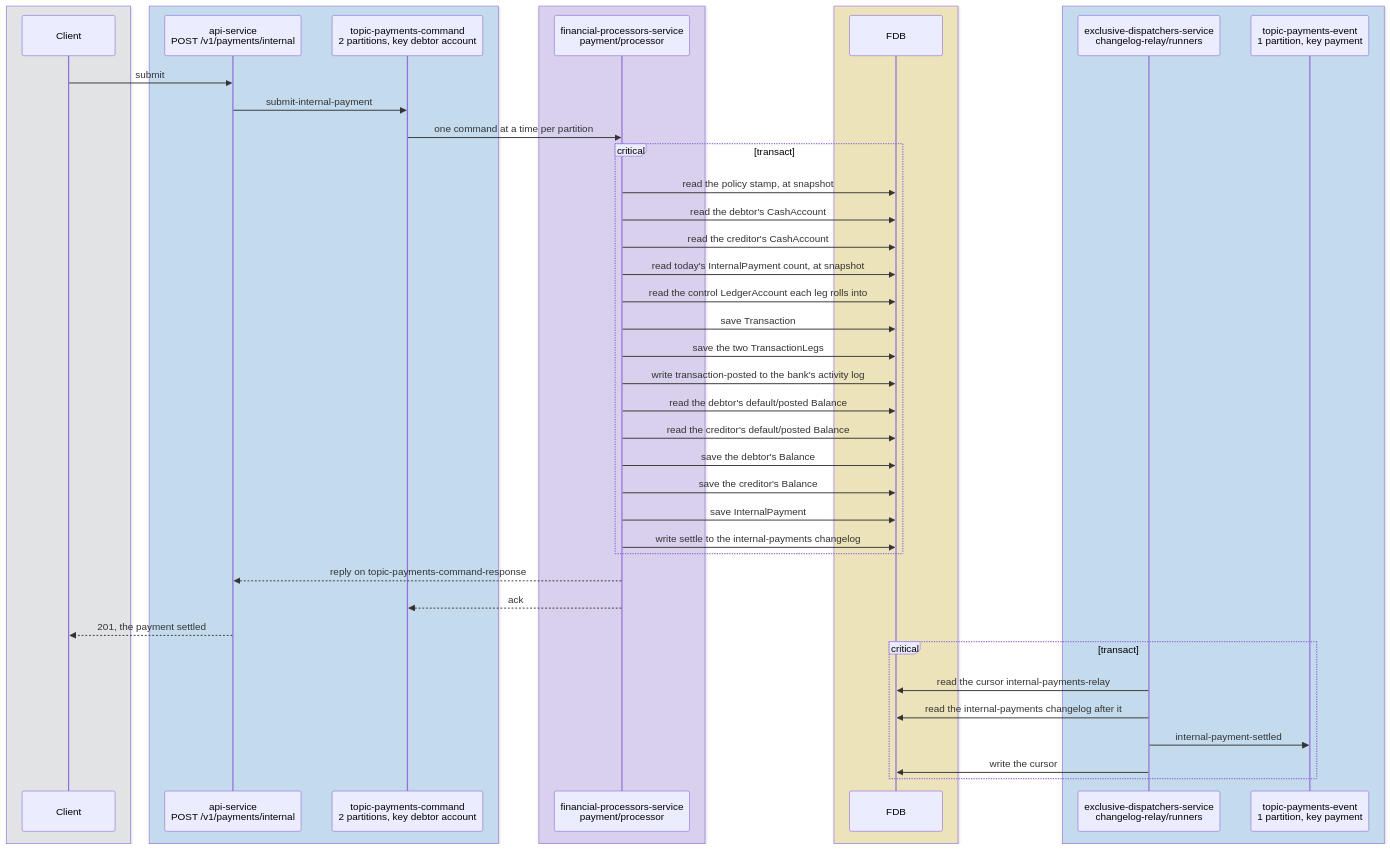
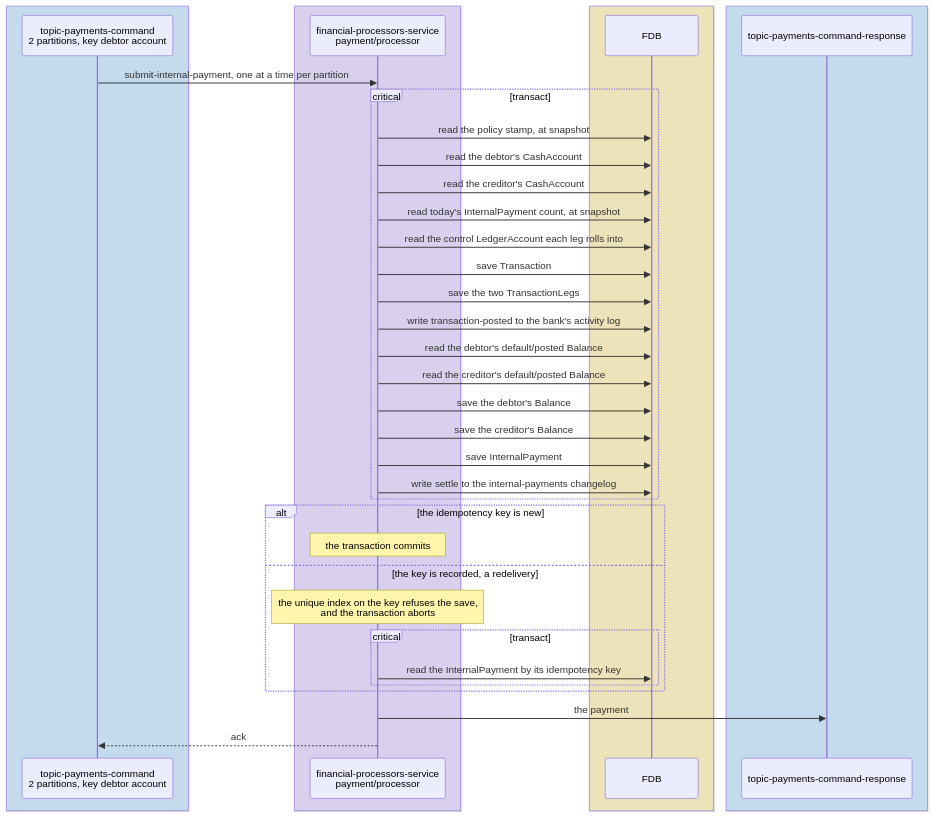
The second of 7 diagrams in docs/tdd/payments-internal.md (repldriven/queenswood), drawn with Mermaid before and after one commit. The commit also changed other lines of this file, not shown here.

First line of the commit message:
Draw each FDB transaction as a commit to it, and name every participant as it is in the code

````diff
--- a/docs/tdd/payments-internal.md
+++ b/docs/tdd/payments-internal.md
@@ -72,48 +128,42 @@
 ```mermaid
 sequenceDiagram
-    box rgba(233, 236, 239, 0.5)
-    participant C as Client
-    end
     box rgba(165, 216, 255, 0.45)
-    participant API as api-service<br/>POST /v1/payments/internal
     participant PC as topic-payments-command<br/>2 partitions, key debtor account
     end
     box rgba(208, 191, 255, 0.45)
     participant PP as financial-processors-service<br/>payment/processor
     end
     box rgba(255, 236, 153, 0.5)
     participant DB as FDB
     end
     box rgba(165, 216, 255, 0.45)
-    participant RR as exclusive-dispatchers-service<br/>changelog-relay/runners
-    participant PE as topic-payments-event<br/>1 partition, key payment
+    participant PR as topic-payments-command-response
     end
-    C->>API: submit
-    API->>PC: submit-internal-payment
-    PC->>PP: one command at a time per partition
+    PC->>PP: submit-internal-payment, one at a time per partition
     critical transact
     PP->>DB: read the policy stamp, at snapshot
     PP->>DB: read the debtor's CashAccount
     PP->>DB: read the creditor's CashAccount
     PP->>DB: read today's InternalPayment count, at snapshot
     PP->>DB: read the control LedgerAccount each leg rolls into
     PP->>DB: save Transaction
     PP->>DB: save the two TransactionLegs
     PP->>DB: write transaction-posted to the bank's activity log
     PP->>DB: read the debtor's default/posted Balance
     PP->>DB: read the creditor's default/posted Balance
     PP->>DB: save the debtor's Balance
     PP->>DB: save the creditor's Balance
     PP->>DB: save InternalPayment
     PP->>DB: write settle to the internal-payments changelog
     end
-    PP-->>API: reply on topic-payments-command-response
+    alt the idempotency key is new
+    Note over PP: the transaction commits
+    else the key is recorded, a redelivery
+    Note over PP: the unique index on the key refuses the save,<br/>and the transaction aborts
+    critical transact
+    PP->>DB: read the InternalPayment by its idempotency key
+    end
+    end
+    PP->>PR: the payment
     PP-->>PC: ack
-    API-->>C: 201, the payment settled
-    critical transact
-    RR->>DB: read the cursor internal-payments-relay
-    RR->>DB: read the internal-payments changelog after it
-    RR->>PE: internal-payment-settled
-    RR->>DB: write the cursor
-    end
 ```
````
